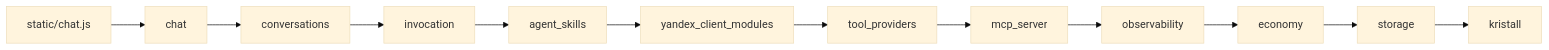
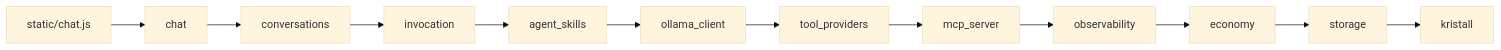
Before and after one commit to maksimp6/Chat: the first of 2 diagrams in docs/architecture/modules.md, drawn with Mermaid (base theme). The commit also changed other lines of this file and 17 other files, not shown here.

````diff
--- a/docs/architecture/modules.md
+++ b/docs/architecture/modules.md
@@ -24,4 +24,4 @@
 ```mermaid
 flowchart LR
-    t0["static/chat.js"] --> t1["chat"] --> t2["conversations"] --> t3["invocation"] --> t4["agent_skills"] --> t5["yandex_client_modules"] --> t6["tool_providers"] --> t7["mcp_server"] --> t8["observability"] --> t9["economy"] --> t10["storage"] --> t11["kristall"]
+    t0["static/chat.js"] --> t1["chat"] --> t2["conversations"] --> t3["invocation"] --> t4["agent_skills"] --> t5["ollama_client"] --> t6["tool_providers"] --> t7["mcp_server"] --> t8["observability"] --> t9["economy"] --> t10["storage"] --> t11["kristall"]
 ```
````
